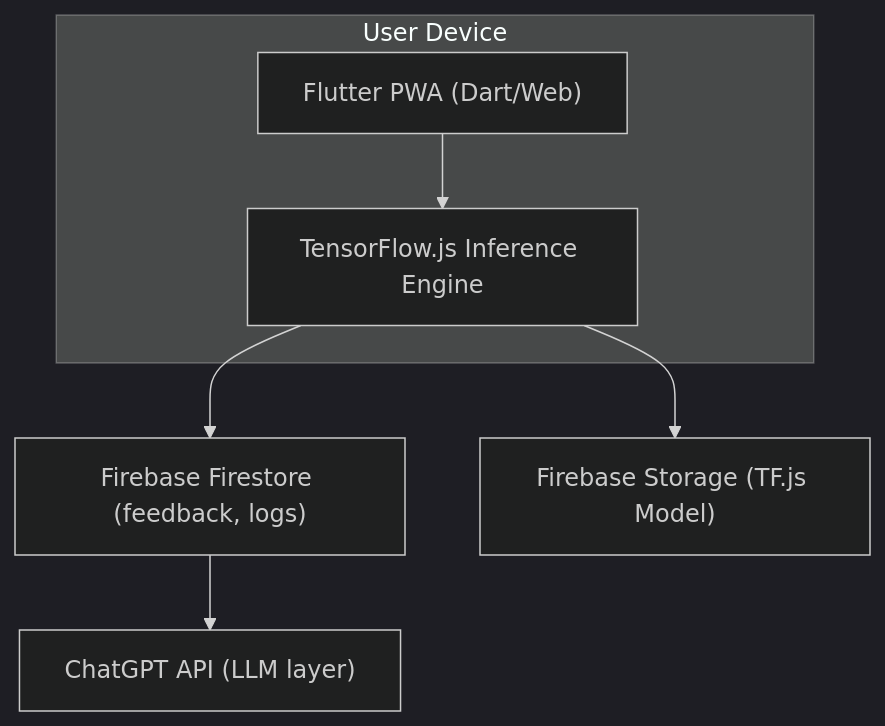
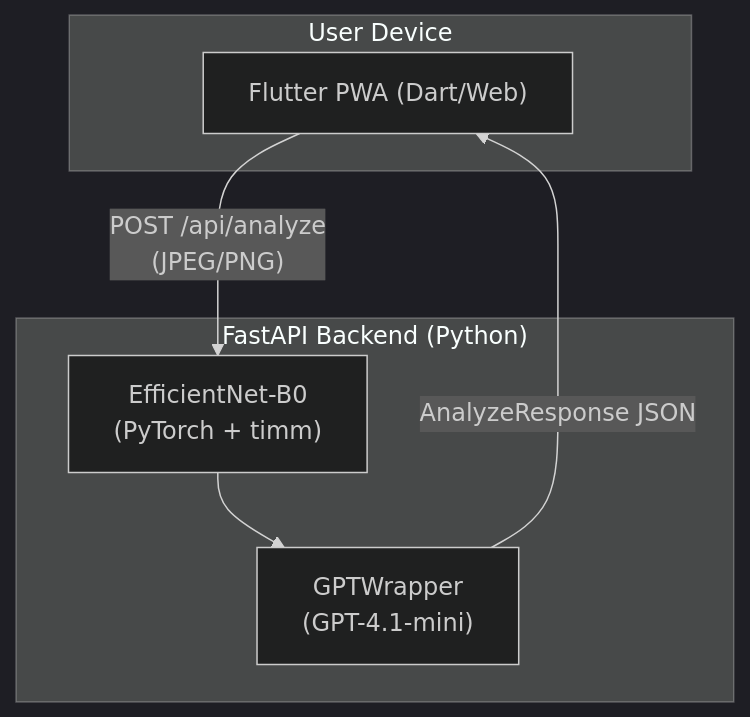
The diagram in README.md (asrwb0/StrokeScope), drawn with Mermaid (dark theme) before and after one commit. The commit also changed other lines of this file, not shown here.

````diff
--- a/README.md
+++ b/README.md
@@ -59,12 +47,15 @@
 ```mermaid
 flowchart TD
     subgraph User_Device["User Device"]
         A["Flutter PWA (Dart/Web)"]
-        B["TensorFlow.js Inference Engine"]
-        A --> B
     end
 
-    B --> C["Firebase Firestore (feedback, logs)"]
-    B --> D["Firebase Storage (TF.js Model)"]
-    C --> E["ChatGPT API (LLM layer)"]
+    subgraph Backend["FastAPI Backend (Python)"]
+        B["EfficientNet-B0\n(PyTorch + timm)"]
+        C["GPTWrapper\n(GPT-4.1-mini)"]
+        B --> C
+    end
+
+    A -- "POST /api/analyze\n(JPEG/PNG)" --> B
+    C -- "AnalyzeResponse JSON" --> A
 ```
````
